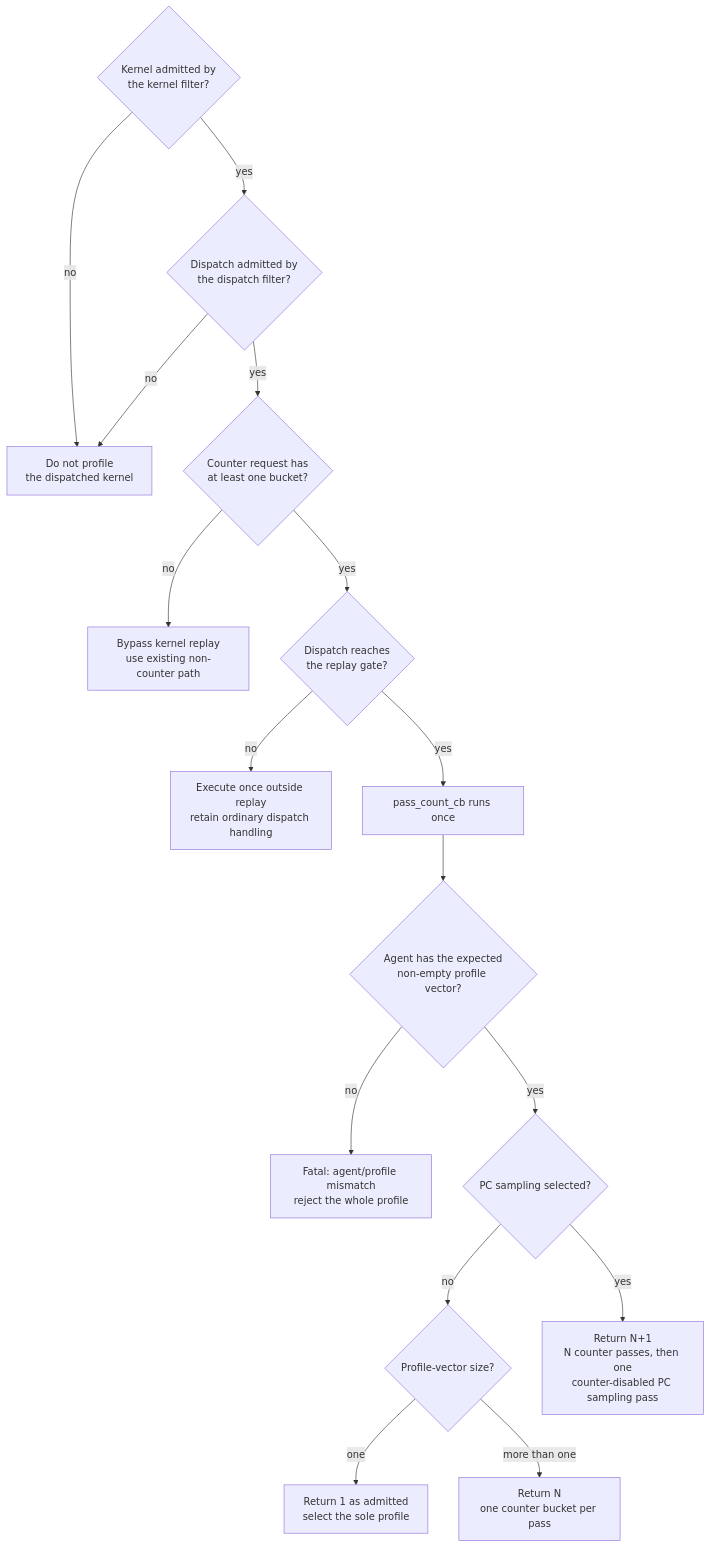
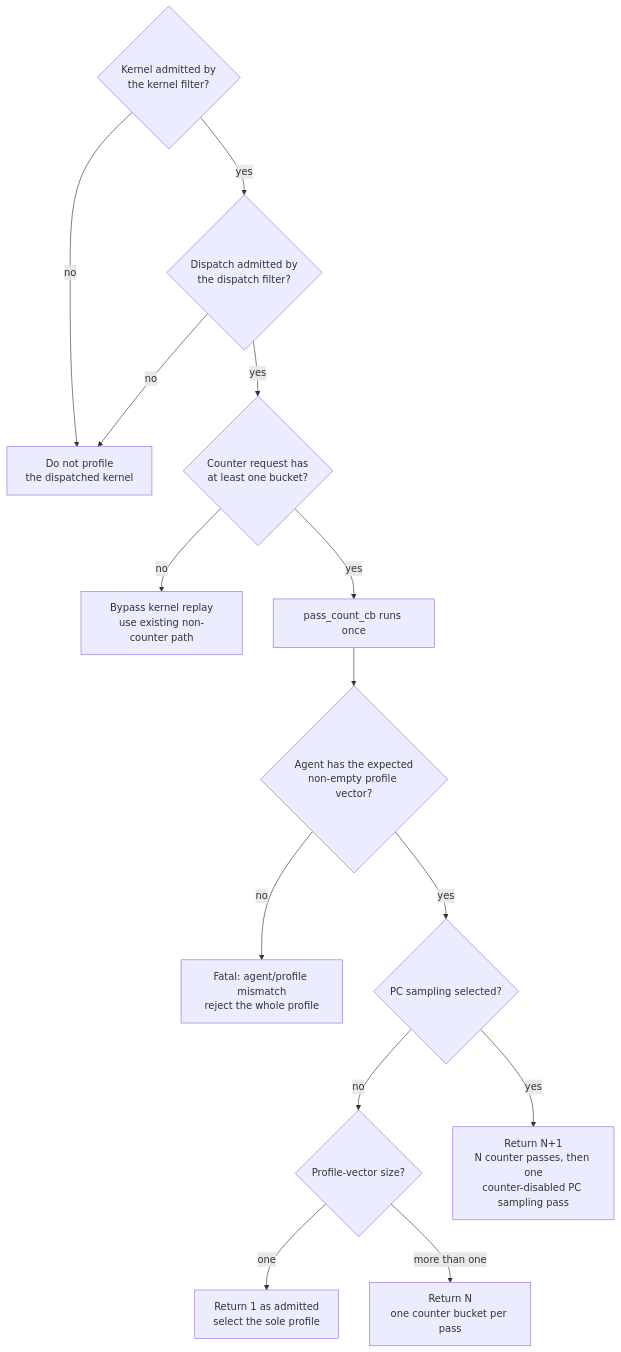
The sixth of 6 diagrams in projects/rocprofiler-compute/docs/design/hld-kernel-replay.md (ROCm/rocm-systems), drawn with Mermaid before and after one commit.

Commit message:
Updated mermaid

````diff
--- a/projects/rocprofiler-compute/docs/design/hld-kernel-replay.md
+++ b/projects/rocprofiler-compute/docs/design/hld-kernel-replay.md
@@ -362,33 +362,29 @@
 ```mermaid
 flowchart TD
     Kernel{"Kernel admitted by<br/>the kernel filter?"}
     Range{"Dispatch admitted by<br/>the dispatch filter?"}
     Filtered["Do not profile<br/>the dispatched kernel"]
     Request{"Counter request has<br/>at least one bucket?"}
     Zero["Bypass kernel replay<br/>use existing non-counter path"]
-    Gate{"Dispatch reaches<br/>the replay gate?"}
-    Ordinary["Execute once outside replay<br/>retain ordinary dispatch handling"]
     Start["pass_count_cb runs once"]
     Vector{"Agent has the expected<br/>non-empty profile vector?"}
     Fatal["Fatal: agent/profile mismatch<br/>reject the whole profile"]
     Size{"Profile-vector size?"}
     Single["Return 1 as admitted<br/>select the sole profile"]
     PC{"PC sampling selected?"}
     N["Return N<br/>one counter bucket per pass"]
     NPlus["Return N+1<br/>N counter passes, then one<br/>counter-disabled PC sampling pass"]
 
     Kernel -- no --> Filtered
     Kernel -- yes --> Range
     Range -- no --> Filtered
     Range -- yes --> Request
     Request -- no --> Zero
-    Request -- yes --> Gate
-    Gate -- no --> Ordinary
-    Gate -- yes --> Start --> Vector
+    Request -- yes --> Start --> Vector
     Vector -- no --> Fatal
     Vector -- yes --> PC
     PC -- yes --> NPlus
     PC -- no --> Size
     Size -- one --> Single
     Size -- more than one --> N
 ```
````
